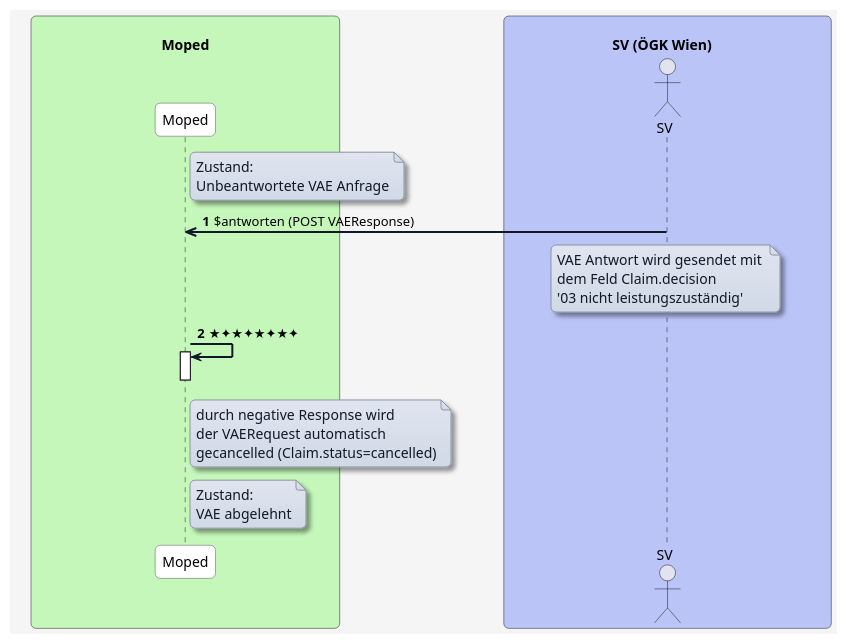
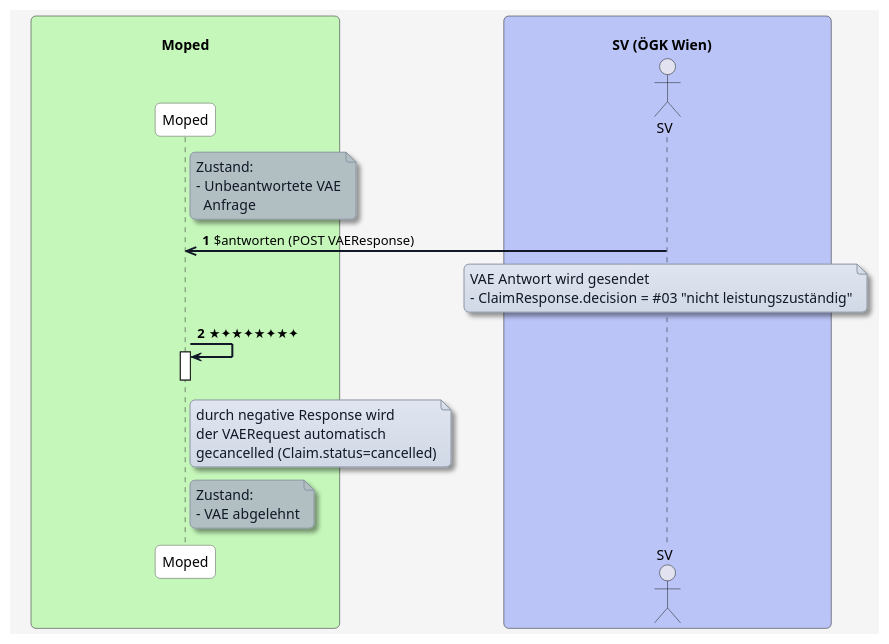
Before and after one commit to HL7Austria/ELGA-MOPED-R5: the diagram in input/images-source/antworten-negativ.plantuml, drawn with PlantUML. The commit also changed 8 other files, not shown here.

```diff
--- a/input/images-source/antworten-negativ.plantuml
+++ b/input/images-source/antworten-negativ.plantuml
@@ -1,75 +1,79 @@
 @startuml
 skinparam borderColor #000000
 skinparam backgroundColor #f5f5f5
 skinparam shadowing false
 skinparam roundCorner 10
 skinparam defaultFontName "Arial"
 skinparam defaultFontSize 14
 skinparam defaultFontColor #000000
 
 skinparam note {
   BackgroundColor #e0e5f0-#d1d9e6
   BorderColor #8b95a5
   BorderThickness 1
   RoundCorner 8
   Padding 6
   FontColor #111827
   Shadowing true
 }
 
 skinparam HyperlinkColor #0000EE
 skinparam HyperlinkUnderline false
 
 skinparam sequence {
   ParticipantBorderColor #555555
   ParticipantBackgroundColor #ffffff
   ParticipantFontColor #000000
   ParticipantFontSize 14
   ParticipantPadding 20
   ArrowColor #111827
   ArrowThickness 2
   ArrowFontColor #000000
   ArrowFontSize 13
   GroupBorderColor #111827
   GroupBackgroundColor #f3f4f6
   GroupBorderThickness 1
 }
 
 skinparam BoxPadding 20
 skinparam BoxBorderColor #555555
 
 box "\n                                   Moped                                   " #c5f7ba
   participant MP as "Moped"
 end box
 
 box "\n                             SV (ÖGK Wien)                                " #bac4f7
   actor SV as "SV"
 end box
 
 autonumber
 
-note right of MP
+note right of MP #b2bfc2
 Zustand:
-Unbeantwortete VAE Anfrage
+- Unbeantwortete VAE
+  Anfrage
 end note
 
 SV ->> MP: $antworten (POST VAEResponse)
-Note over SV: VAE Antwort wird gesendet mit \ndem Feld Claim.decision\n'03 nicht leistungszuständig'
 
+note over SV
+VAE Antwort wird gesendet
+- ClaimResponse.decision = #03 "nicht leistungszuständig"
+end note
 
 MP -> MP: ★✦★✦★✦★✦
 activate MP
 deactivate MP
 
 note right of MP
 durch negative Response wird 
 der VAERequest automatisch 
 gecancelled (Claim.status=cancelled)
 end note
 
-note right of MP
+note right of MP #b2bfc2
 Zustand:
-VAE abgelehnt
+- VAE abgelehnt
 end note
 
 @enduml
```
